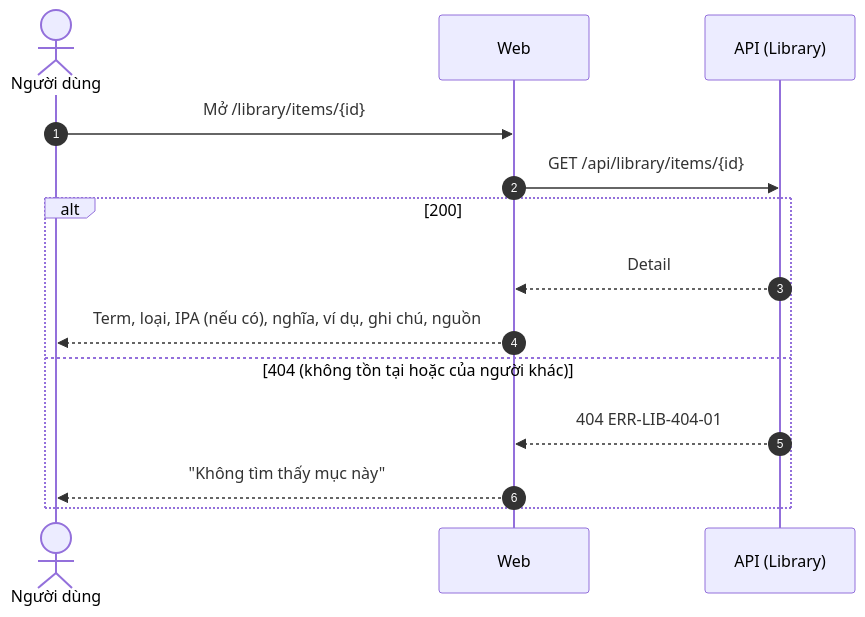
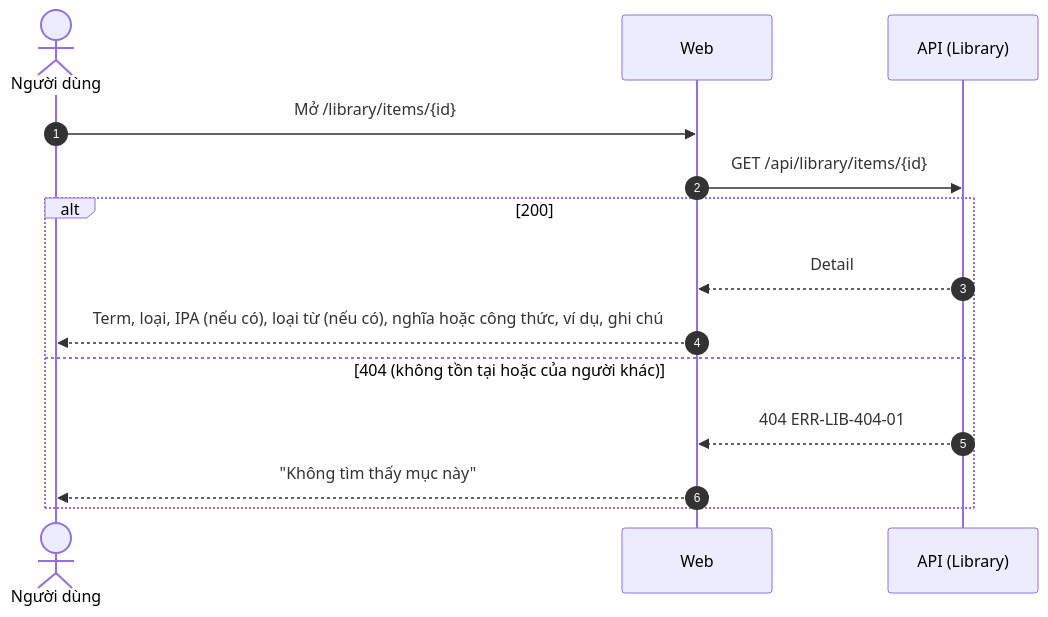
Before and after one commit to pamela172103/Lingozi: the second of 2 diagrams in docs/features/knowledge-items/srs/US-LIB-04-view-item.md, drawn with Mermaid. The commit also changed other lines of this file and 12 other files, not shown here.

````diff
--- a/docs/features/knowledge-items/srs/US-LIB-04-view-item.md
+++ b/docs/features/knowledge-items/srs/US-LIB-04-view-item.md
@@ -79,16 +79,16 @@
 ```mermaid
 sequenceDiagram
     autonumber
     actor U as Người dùng
     participant W as Web
     participant A as API (Library)
     U->>W: Mở /library/items/{id}
     W->>A: GET /api/library/items/{id}
     alt 200
         A-->>W: Detail
-        W-->>U: Term, loại, IPA (nếu có), nghĩa, ví dụ, ghi chú, nguồn
+        W-->>U: Term, loại, IPA (nếu có), loại từ (nếu có), nghĩa hoặc công thức, ví dụ, ghi chú
     else 404 (không tồn tại hoặc của người khác)
         A-->>W: 404 ERR-LIB-404-01
         W-->>U: "Không tìm thấy mục này"
     end
 ```
````
